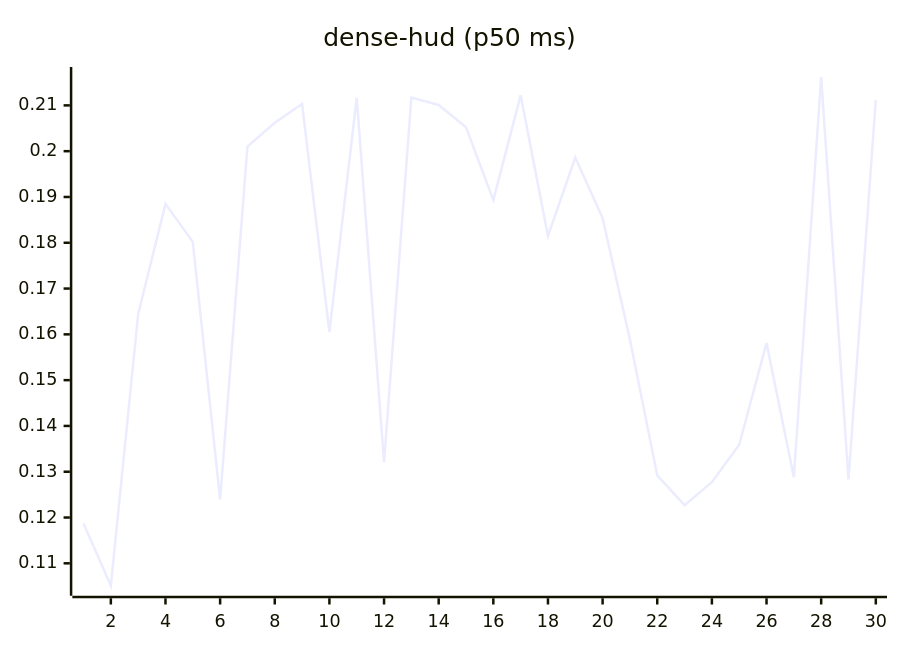
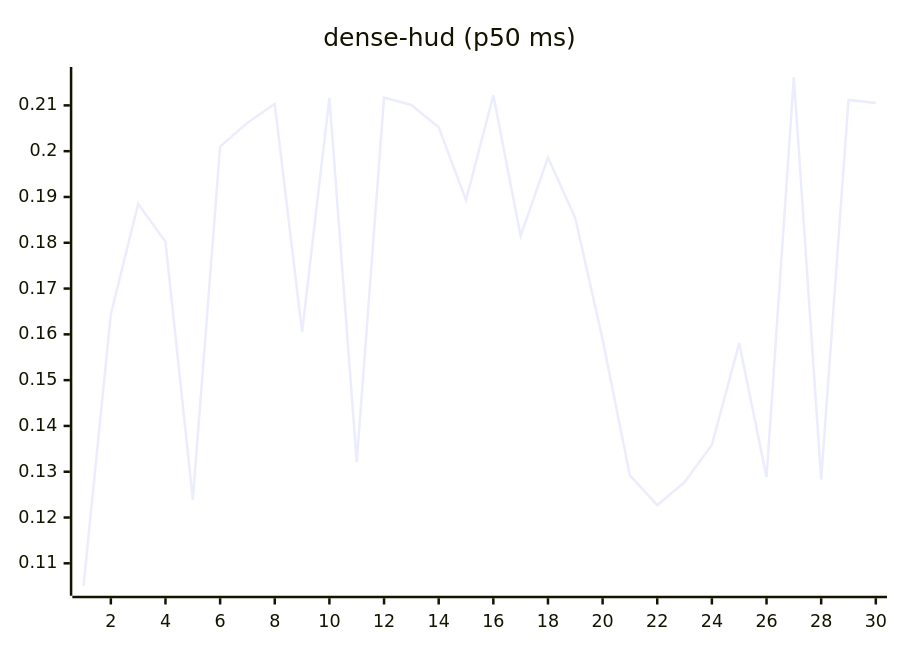
One commit to josha/Facet changed the eighth of 27 diagrams in README.md. Above: the diagram before and after it, drawn with Mermaid. The commit also changed other lines of this file and 2 other files, not shown here.

````diff
--- a/README.md
+++ b/README.md
@@ -112,6 +112,6 @@
 ```mermaid
 xychart-beta
     title "dense-hud (p50 ms)"
     x-axis 1 --> 30
-    line [0.1187, 0.1051, 0.1644, 0.1885, 0.1802, 0.1239, 0.2010, 0.2062, 0.2103, 0.1605, 0.2117, 0.1321, 0.2117, 0.2101, 0.2052, 0.1893, 0.2122, 0.1815, 0.1986, 0.1854, 0.1589, 0.1292, 0.1227, 0.1277, 0.1359, 0.1581, 0.1288, 0.2162, 0.1283, 0.2112]
+    line [0.1051, 0.1644, 0.1885, 0.1802, 0.1239, 0.2010, 0.2062, 0.2103, 0.1605, 0.2117, 0.1321, 0.2117, 0.2101, 0.2052, 0.1893, 0.2122, 0.1815, 0.1986, 0.1854, 0.1589, 0.1292, 0.1227, 0.1277, 0.1359, 0.1581, 0.1288, 0.2162, 0.1283, 0.2112, 0.2105]
 ```
````
